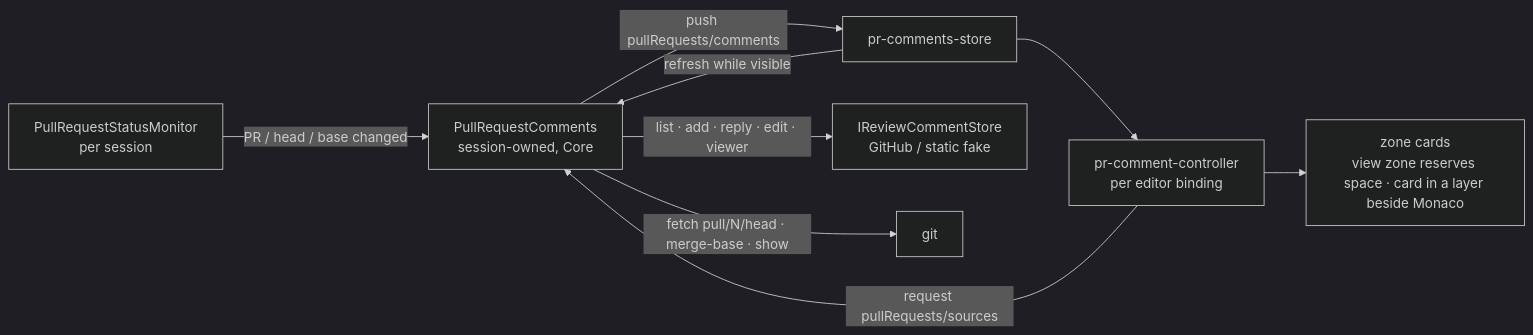
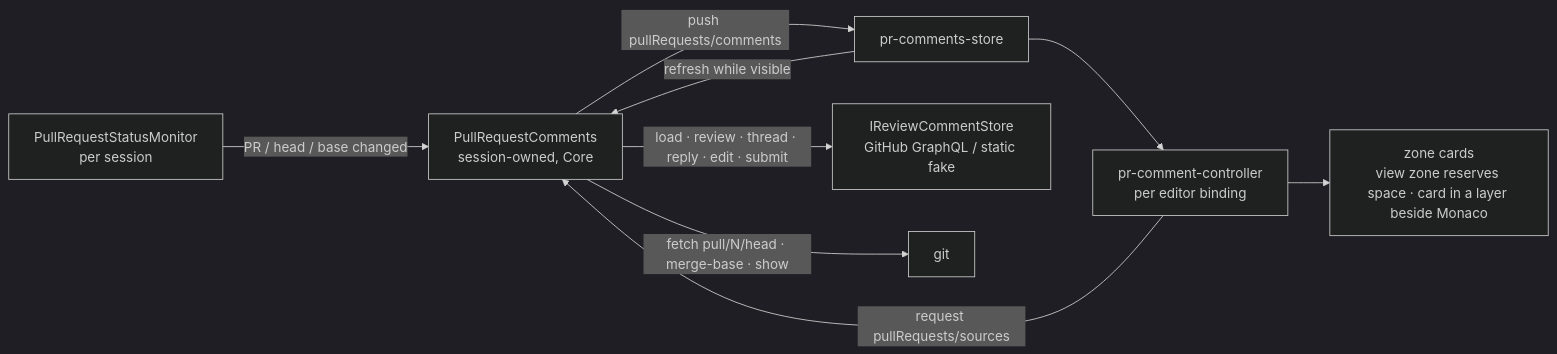
Before and after one commit to Kapps/weavie: the diagram in docs/specs/pr-comments.md, drawn with Mermaid (dark theme). The commit also changed other lines of this file and 40 other files, not shown here.

First line of the commit message:
Queue PR comments into a pending review and submit it with a verdict

````diff
--- a/docs/specs/pr-comments.md
+++ b/docs/specs/pr-comments.md
@@ -10,11 +11,11 @@
 ```mermaid
 flowchart LR
   Mon[PullRequestStatusMonitor<br/>per session] -->|PR / head / base changed| PRC[PullRequestComments<br/>session-owned, Core]
   Web -->|refresh while visible| PRC
-  PRC -->|list · add · reply · edit · viewer| Store[IReviewCommentStore<br/>GitHub / static fake]
+  PRC -->|load · review · thread · reply · edit · submit| Store[IReviewCommentStore<br/>GitHub GraphQL / static fake]
   PRC -->|fetch pull/N/head · merge-base · show| Git[git]
   PRC -->|push pullRequests/comments| Web[pr-comments-store]
   Web --> Ctl[pr-comment-controller<br/>per editor binding]
   Ctl -->|request pullRequests/sources| PRC
   Ctl --> Cards[zone cards<br/>view zone reserves space · card in a layer beside Monaco]
 ```
````
